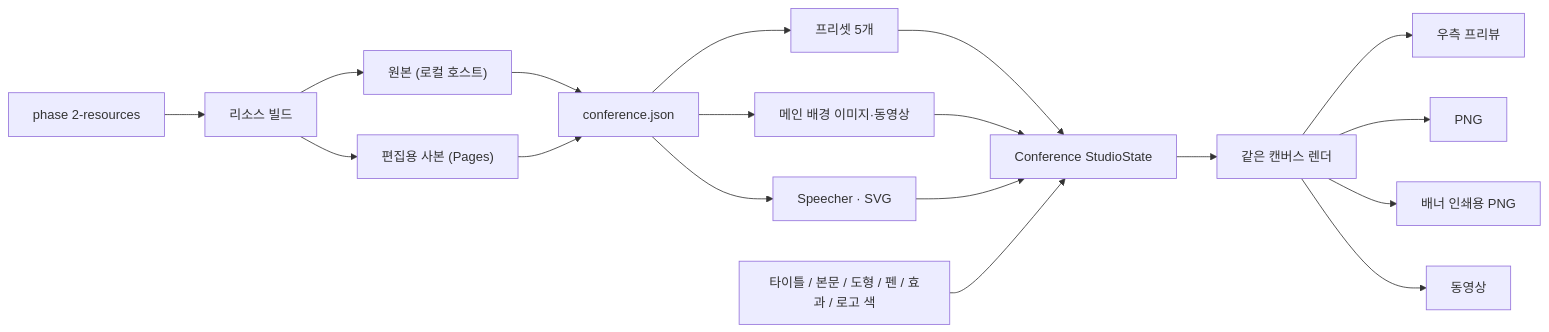
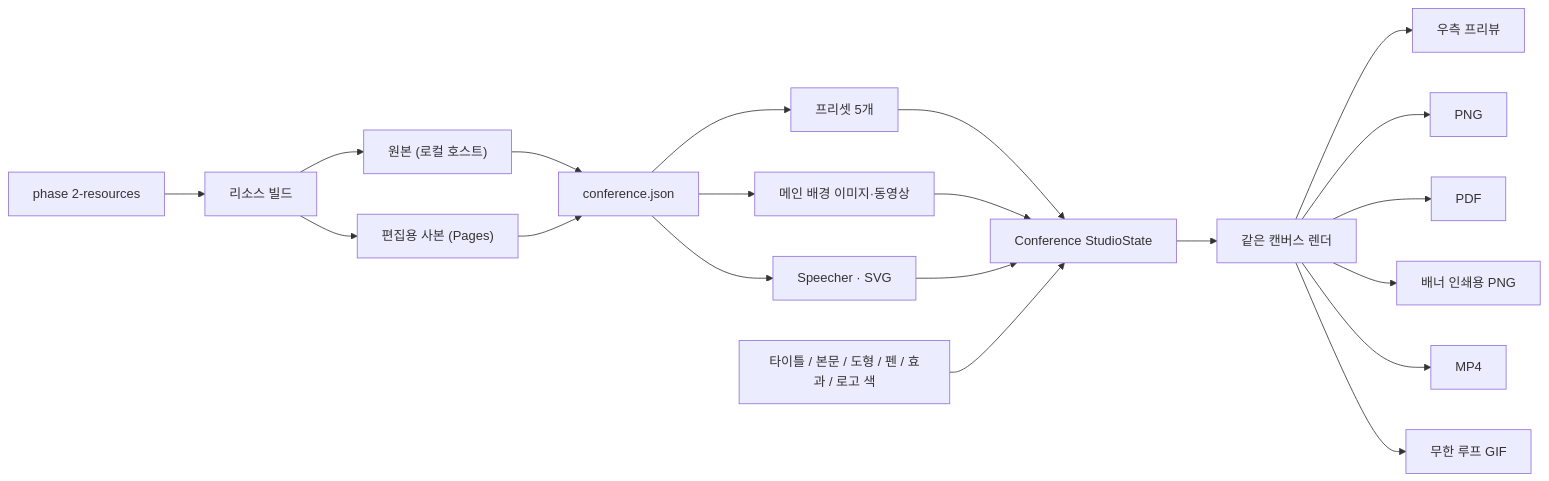
The diagram in docs/phase-2-conference-studio.md (woongs2021/AX-DESIGN-TOOL), drawn with Mermaid before and after one commit. The commit also changed other lines of this file and 28 other files, not shown here.

First line of the commit message:
Add Conference editing tools and the Graphic Resources 2 backgrounds.

````diff
--- a/docs/phase-2-conference-studio.md
+++ b/docs/phase-2-conference-studio.md
@@ -232,20 +249,22 @@
 ```mermaid
 flowchart LR
   resources["phase 2-resources"] --> build["리소스 빌드"]
   build --> original["원본 (로컬 호스트)"]
   build --> web["편집용 사본 (Pages)"]
   original --> json["conference.json"]
   web --> json
   json --> presets["프리셋 5개"]
   json --> bg["메인 배경 이미지·동영상"]
   json --> assets["Speecher · SVG"]
   presets --> state["Conference StudioState"]
   bg --> state
   assets --> state
   inputs["타이틀 / 본문 / 도형 / 펜 / 효과 / 로고 색"] --> state
   state --> render["같은 캔버스 렌더"]
   render --> preview["우측 프리뷰"]
   render --> png["PNG"]
+  render --> pdf["PDF"]
   render --> print["배너 인쇄용 PNG"]
-  render --> video["동영상"]
+  render --> video["MP4"]
+  render --> gif["무한 루프 GIF"]
 ```
````
